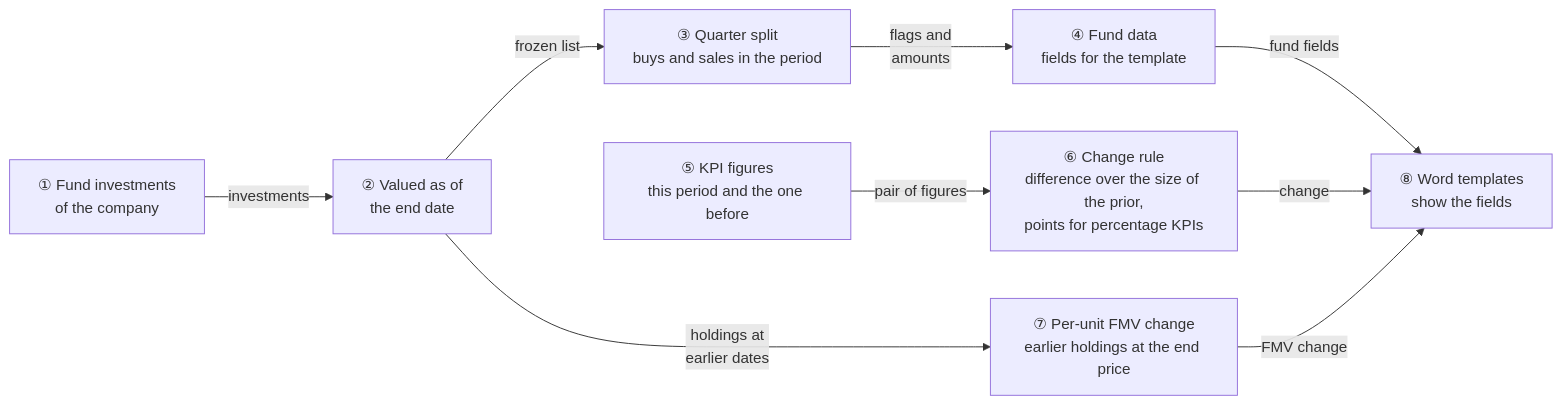
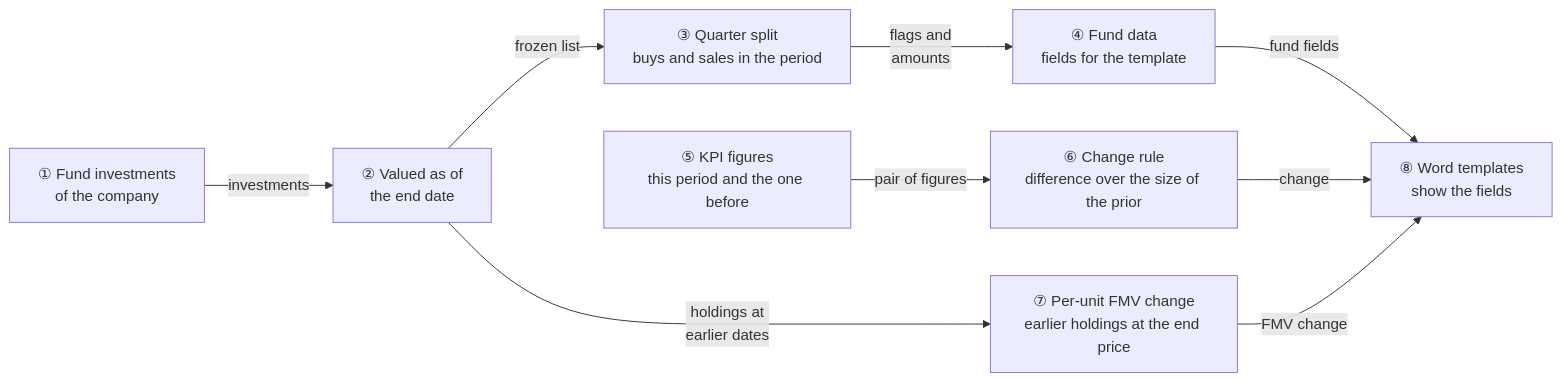
The first of 8 diagrams in openspec/changes/portfolio-report-quarter-activity-and-change-sign/design.md (sampadadiwan/IRM_CompanyMain), drawn with Mermaid before and after one commit. The commit also changed other lines of this file and 11 other files, not shown here.

First line of the commit message:
Show percentage KPI changes as a percent change, not percentage points

````diff
--- a/openspec/changes/portfolio-report-quarter-activity-and-change-sign/design.md
+++ b/openspec/changes/portfolio-report-quarter-activity-and-change-sign/design.md
@@ -55,19 +55,19 @@
 ```mermaid
 flowchart LR
     P["① Fund investments<br/>of the company"]
     V["② Valued as of<br/>the end date"]
     Q["③ Quarter split<br/>buys and sales in the period"]
     D["④ Fund data<br/>fields for the template"]
     K["⑤ KPI figures<br/>this period and the one before"]
-    R["⑥ Change rule<br/>difference over the size of the prior,<br/>points for percentage KPIs"]
+    R["⑥ Change rule<br/>difference over the size of the prior"]
     U["⑦ Per-unit FMV change<br/>earlier holdings at the end price"]
     T["⑧ Word templates<br/>show the fields"]
     P -- "investments" --> V
     V -- "frozen list" --> Q
     Q -- "flags and<br/>amounts" --> D
     D -- "fund fields" --> T
     K -- "pair of figures" --> R
     R -- "change" --> T
     V -- "holdings at<br/>earlier dates" --> U
     U -- "FMV change" --> T
 ```
````
